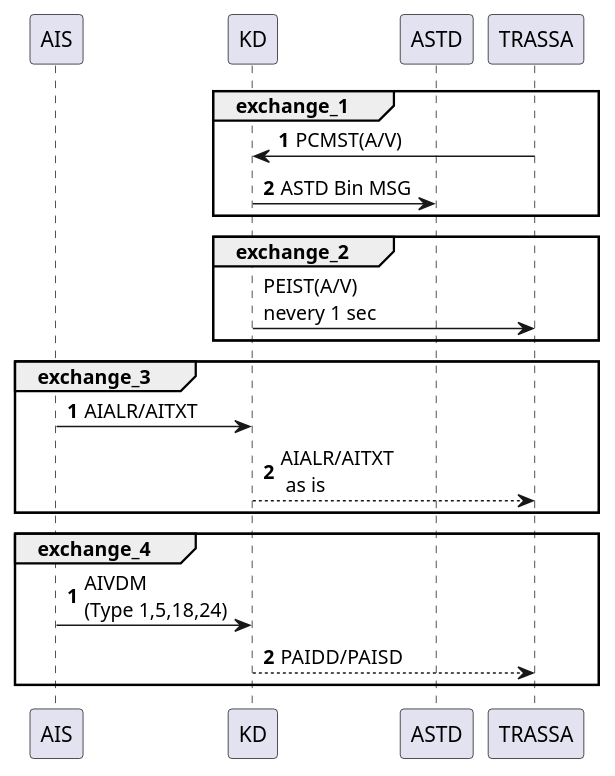
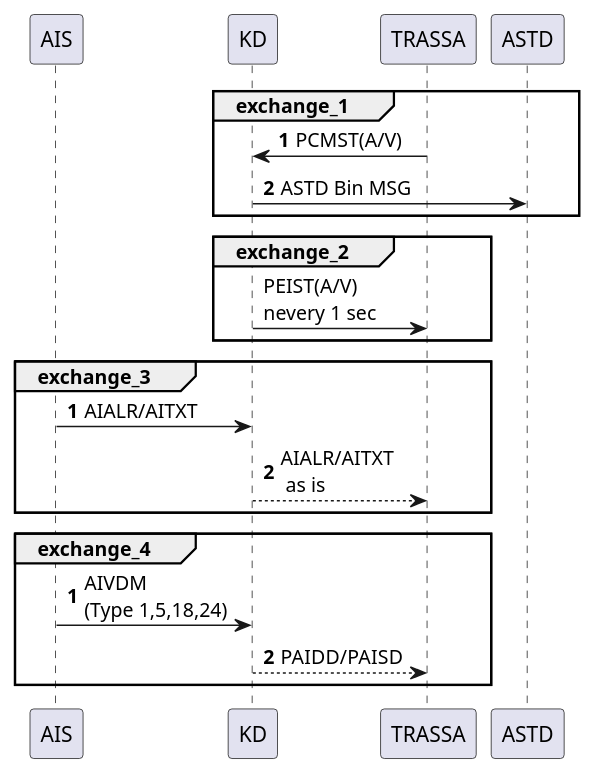
The diagram in test_bl/test_trassa_plugin/resources_trassa/plugin_diagram.md (slukashenkov/fw_v2), drawn with PlantUML before and after one commit. The commit also changed other lines of this file and 4 other files, not shown here.

````diff
--- a/test_bl/test_trassa_plugin/resources_trassa/plugin_diagram.md
+++ b/test_bl/test_trassa_plugin/resources_trassa/plugin_diagram.md
@@ -1,31 +1,31 @@
 ```puml
 @startuml
 participant AIS 
 participant KD  
+participant TRASSA
 participant ASTD 
-participant TRASSA
 
 autonumber 01
 group exchange_1
     TRASSA ->KD: PCMST(A/V)
     KD ->ASTD: ASTD Bin MSG
 end
 
 autonumber stop
 group exchange_2
 KD -> TRASSA: PEIST(A/V)\nnevery 1 sec
 end
 autonumber 01
 group exchange_3
     AIS ->KD: AIALR/AITXT 
     KD -->TRASSA: AIALR/AITXT\n as is
 end
 autonumber stop
 autonumber 01
 group exchange_4
     AIS ->KD: AIVDM\n(Type 1,5,18,24) 
     KD -->TRASSA: PAIDD/PAISD
 end
 autonumber stop
 @enduml
 ```
````
